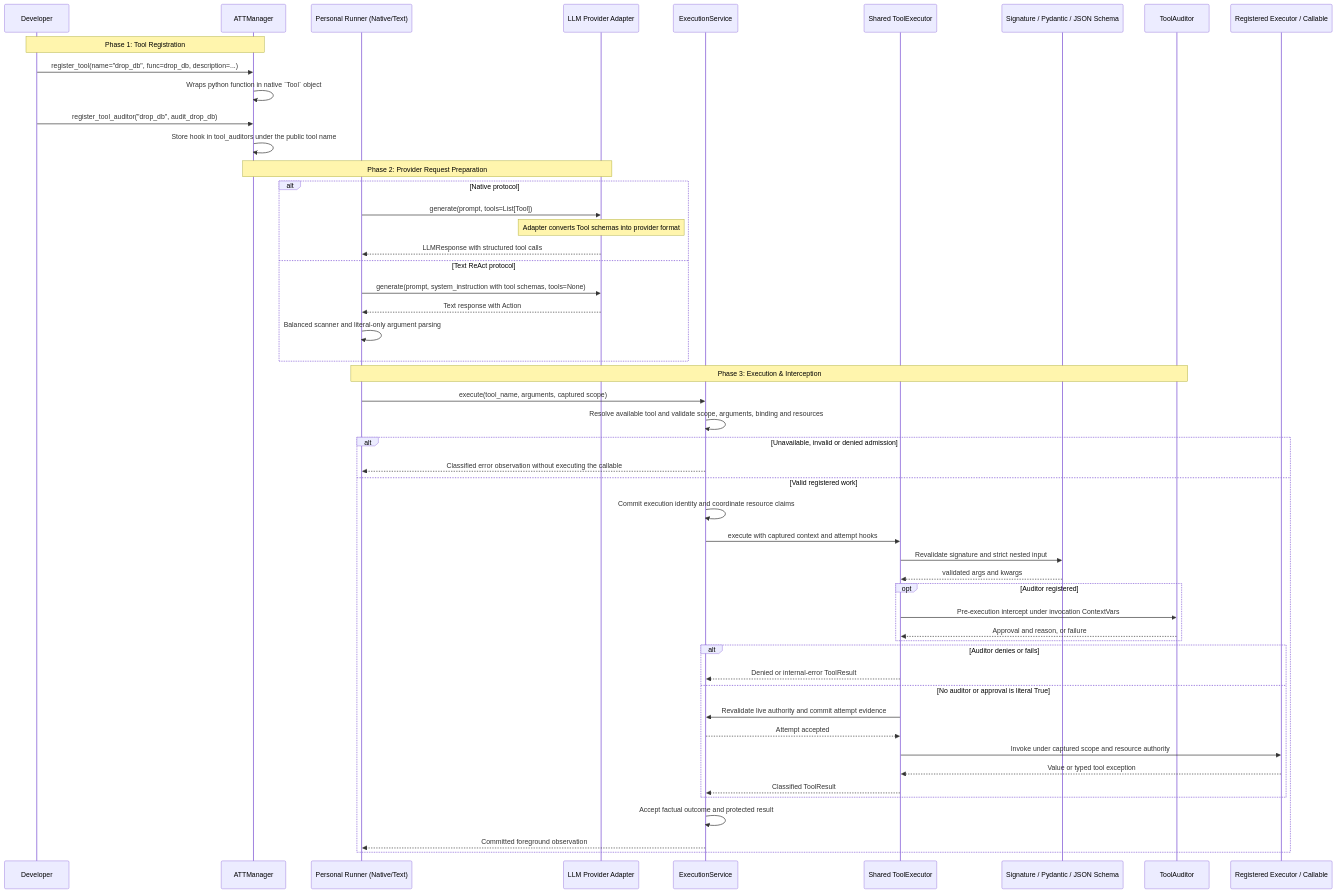
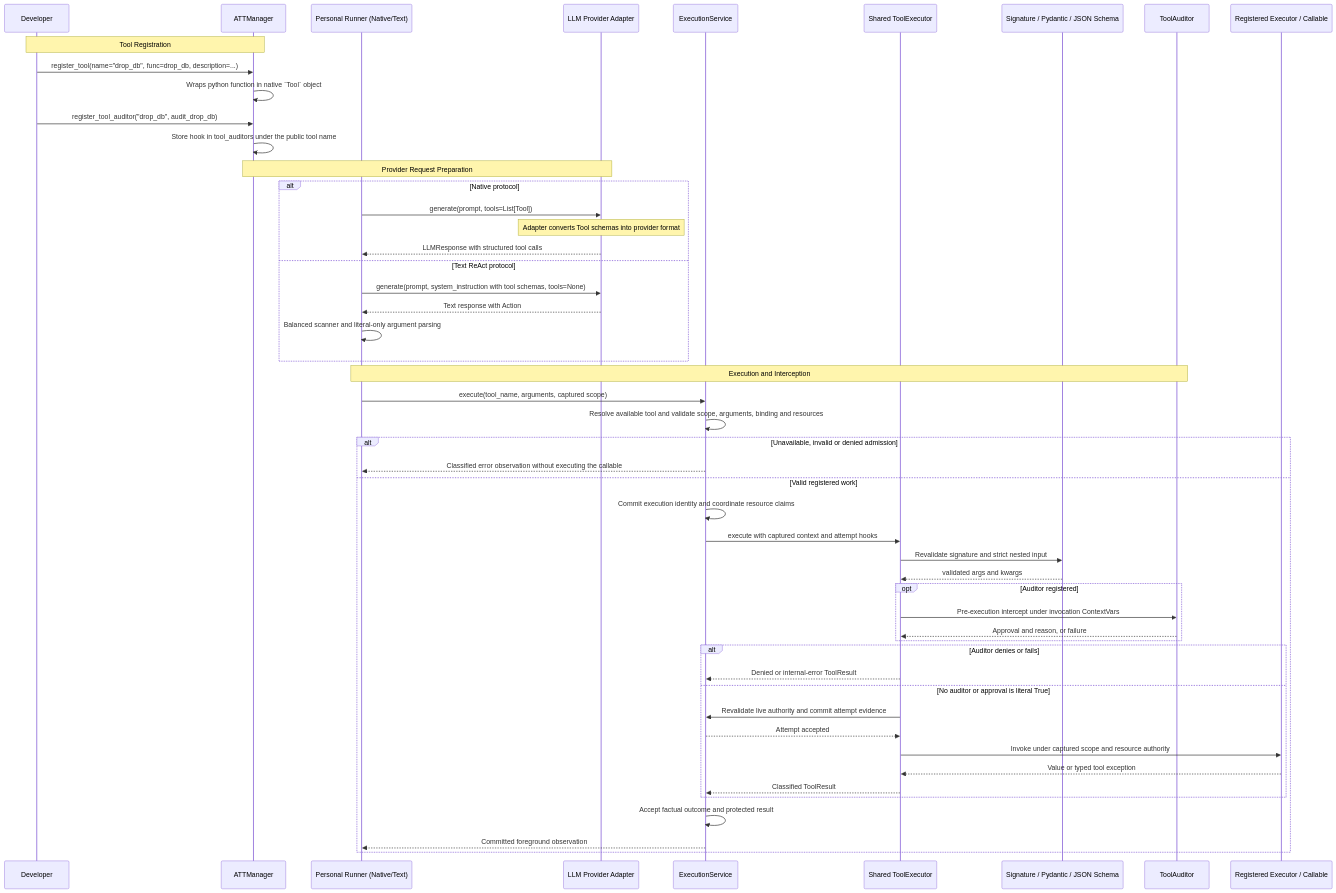
Before and after one commit to AI-Team-Team/AI-Team-Team: the second of 3 diagrams in docs/flowcharts/Tooling_and_Execution.md, drawn with Mermaid. The commit also changed other lines of this file and 225 other files, not shown here.

````diff
--- a/docs/flowcharts/Tooling_and_Execution.md
+++ b/docs/flowcharts/Tooling_and_Execution.md
@@ -51,61 +58,61 @@
 ```mermaid
 sequenceDiagram
     participant Dev as Developer
     participant Manager as ATTManager
     participant Strategy as Personal Runner (Native/Text)
     participant LLM as LLM Provider Adapter
     participant Service as ExecutionService
     participant Executor as Shared ToolExecutor
     participant Validator as Signature / Pydantic / JSON Schema
     participant Auditor as ToolAuditor
     participant Binding as Registered Executor / Callable
     
-    %% Phase 1: Registration
-    Note over Dev,Manager: Phase 1: Tool Registration
+    %% Registration
+    Note over Dev,Manager: Tool Registration
     Dev->>Manager: register_tool(name="drop_db", func=drop_db, description=...)
     Manager->>Manager: Wraps python function in native `Tool` object
     
     Dev->>Manager: register_tool_auditor("drop_db", audit_drop_db)
     Manager->>Manager: Store hook in tool_auditors under the public tool name
     
-    %% Phase 2: Generation
-    Note over Manager,LLM: Phase 2: Provider Request Preparation
+    %% Generation
+    Note over Manager,LLM: Provider Request Preparation
     alt Native protocol
         Strategy->>LLM: generate(prompt, tools=List[Tool])
         Note over LLM: Adapter converts Tool schemas into provider format
         LLM-->>Strategy: LLMResponse with structured tool calls
     else Text ReAct protocol
         Strategy->>LLM: generate(prompt, system_instruction with tool schemas, tools=None)
         LLM-->>Strategy: Text response with Action
         Strategy->>Strategy: Balanced scanner and literal-only argument parsing
     end
     
-    %% Phase 3: Execution & Audit
-    Note over Strategy,Auditor: Phase 3: Execution & Interception
+    %% Execution and audit
+    Note over Strategy,Auditor: Execution and Interception
     Strategy->>Service: execute(tool_name, arguments, captured scope)
     Service->>Service: Resolve available tool and validate scope, arguments, binding and resources
 
     alt Unavailable, invalid or denied admission
         Service-->>Strategy: Classified error observation without executing the callable
     else Valid registered work
         Service->>Service: Commit execution identity and coordinate resource claims
         Service->>Executor: execute with captured context and attempt hooks
         Executor->>Validator: Revalidate signature and strict nested input
         Validator-->>Executor: validated args and kwargs
         opt Auditor registered
             Executor->>Auditor: Pre-execution intercept under invocation ContextVars
             Auditor-->>Executor: Approval and reason, or failure
         end
         alt Auditor denies or fails
             Executor-->>Service: Denied or internal-error ToolResult
         else No auditor or approval is literal True
             Executor->>Service: Revalidate live authority and commit attempt evidence
             Service-->>Executor: Attempt accepted
             Executor->>Binding: Invoke under captured scope and resource authority
             Binding-->>Executor: Value or typed tool exception
             Executor-->>Service: Classified ToolResult
         end
         Service->>Service: Accept factual outcome and protected result
         Service-->>Strategy: Committed foreground observation
     end
 ```
````
